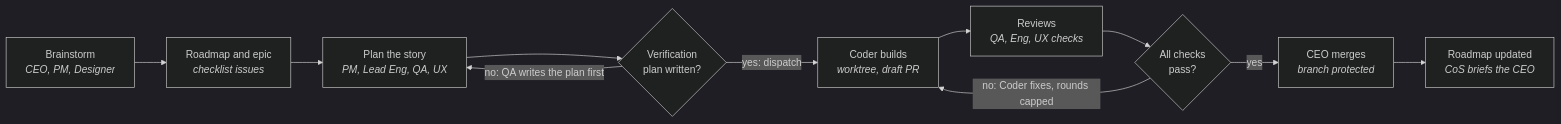
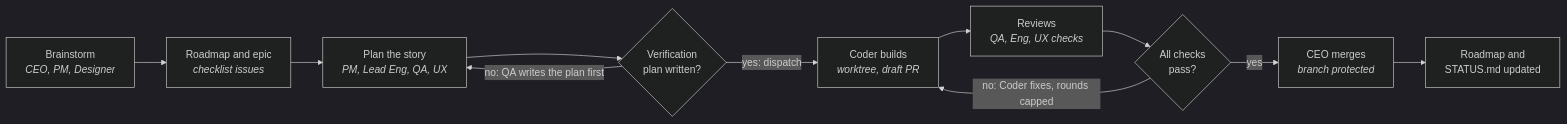
Before and after one commit to dpeckham/ai-proj-arch: the first of 2 diagrams in docs/product-brief.md, drawn with Mermaid (dark theme). The commit also changed other lines of this file and 3 other files, not shown here.

````diff
--- a/docs/product-brief.md
+++ b/docs/product-brief.md
@@ -54,13 +57,13 @@
 ```mermaid
 flowchart LR
     B["Brainstorm<br/><i>CEO, PM, Designer</i>"] --> R["Roadmap and epic<br/><i>checklist issues</i>"]
     R --> P["Plan the story<br/><i>PM, Lead Eng, QA, UX</i>"]
     P --> V{"Verification<br/>plan written?"}
     V -- "no: QA writes the plan first" --> P
     V -- "yes: dispatch" --> C["Coder builds<br/><i>worktree, draft PR</i>"]
     C --> RV["Reviews<br/><i>QA, Eng, UX checks</i>"]
     RV --> A{"All checks<br/>pass?"}
     A -- "no: Coder fixes, rounds capped" --> C
     A -- yes --> M["CEO merges<br/><i>branch protected</i>"]
-    M --> U["Roadmap updated<br/><i>CoS briefs the CEO</i>"]
+    M --> U["Roadmap and<br/>STATUS.md updated"]
 ```
````
